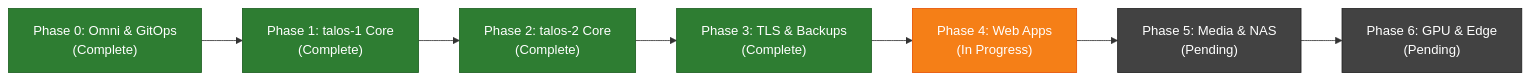
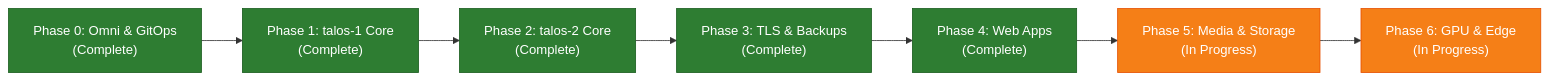
The first of 3 diagrams in K8s/PLAN.md (GabrielJean/HomeLab), drawn with Mermaid before and after one commit. The commit also changed other lines of this file, not shown here.

````diff
--- a/K8s/PLAN.md
+++ b/K8s/PLAN.md
@@ -48,15 +48,14 @@
 ```mermaid
 flowchart LR
     P0["Phase 0: Omni & GitOps<br/>(Complete)"] --> P1["Phase 1: talos-1 Core<br/>(Complete)"]
     P1 --> P2["Phase 2: talos-2 Core<br/>(Complete)"]
     P2 --> P3["Phase 3: TLS & Backups<br/>(Complete)"]
-    P3 --> P4["Phase 4: Web Apps<br/>(In Progress)"]
-    P4 --> P5["Phase 5: Media & NAS<br/>(Pending)"]
-    P5 --> P6["Phase 6: GPU & Edge<br/>(Pending)"]
+    P3 --> P4["Phase 4: Web Apps<br/>(Complete)"]
+    P4 --> P5["Phase 5: Media & Storage<br/>(In Progress)"]
+    P5 --> P6["Phase 6: GPU & Edge<br/>(In Progress)"]
     classDef done fill:#2e7d32,stroke:#1b5e20,color:#ffffff;
     classDef inprog fill:#f57f17,stroke:#e65100,color:#ffffff;
     classDef todo fill:#424242,stroke:#212121,color:#ffffff;
-    class P0,P1,P2,P3 done;
-    class P4 inprog;
-    class P5,P6 todo;
+    class P0,P1,P2,P3,P4 done;
+    class P5,P6 inprog;
 ```
````
